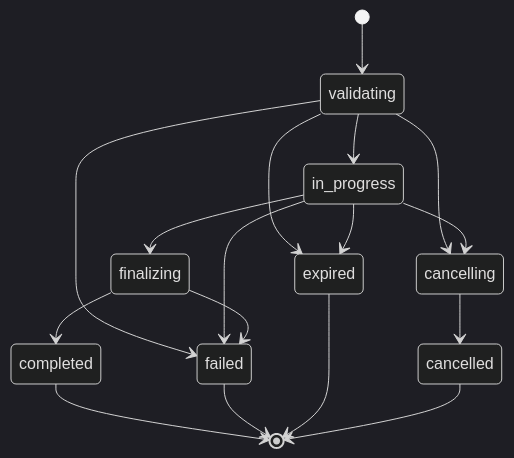
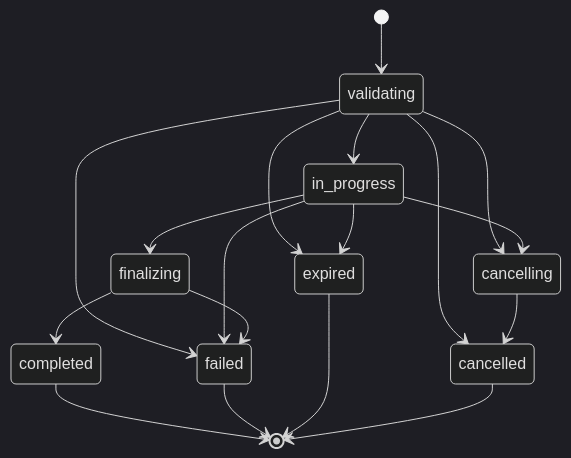
One commit to volcano-sh/kthena changed the third of 3 diagrams in docs/proposal/kthena-router-batch-api.md. Above: the diagram before and after it, drawn with Mermaid (dark theme). The commit also changed other lines of this file, not shown here.

````diff
--- a/docs/proposal/kthena-router-batch-api.md
+++ b/docs/proposal/kthena-router-batch-api.md
@@ -337,19 +384,20 @@
 ```mermaid
 stateDiagram-v2
     [*] --> validating
     validating --> in_progress
+    validating --> failed
+    validating --> cancelling
+    validating --> cancelled
     validating --> expired
-    validating --> cancelling
-    validating --> failed
     in_progress --> finalizing
+    in_progress --> cancelling
     in_progress --> expired
-    in_progress --> cancelling
     in_progress --> failed
     finalizing --> completed
     finalizing --> failed
     cancelling --> cancelled
     completed --> [*]
     failed --> [*]
     expired --> [*]
     cancelled --> [*]
 ```
````
